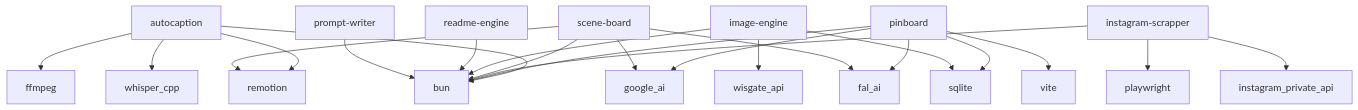
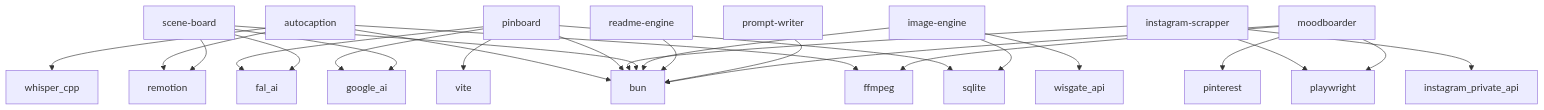
Before and after one commit to Dragon-hearted/Adcelerate: the diagram in README.md, drawn with Mermaid. The commit also changed other lines of this file and 4 other files, not shown here.

````diff
--- a/README.md
+++ b/README.md
@@ -52,31 +53,36 @@
 ```mermaid
 graph TD
     autocaption[autocaption]
     autocaption --> bun
     autocaption --> ffmpeg
     autocaption --> whisper_cpp
     autocaption --> remotion
     pinboard[pinboard]
     pinboard --> bun
     pinboard --> sqlite
     pinboard --> google_ai
     pinboard --> vite
     pinboard --> fal_ai
     instagram_scrapper[instagram-scrapper]
     instagram_scrapper --> bun
     instagram_scrapper --> playwright
     instagram_scrapper --> instagram_private_api
     scene_board[scene-board]
     scene_board --> bun
     scene_board --> fal_ai
     scene_board --> google_ai
     scene_board --> remotion
     image_engine[image-engine]
     image_engine --> bun
     image_engine --> wisgate_api
     image_engine --> sqlite
     readme_engine[readme-engine]
     readme_engine --> bun
     prompt_writer[prompt-writer]
     prompt_writer --> bun
+    moodboarder[moodboarder]
+    moodboarder --> bun
+    moodboarder --> ffmpeg
+    moodboarder --> playwright
+    moodboarder --> pinterest
 ```
````
